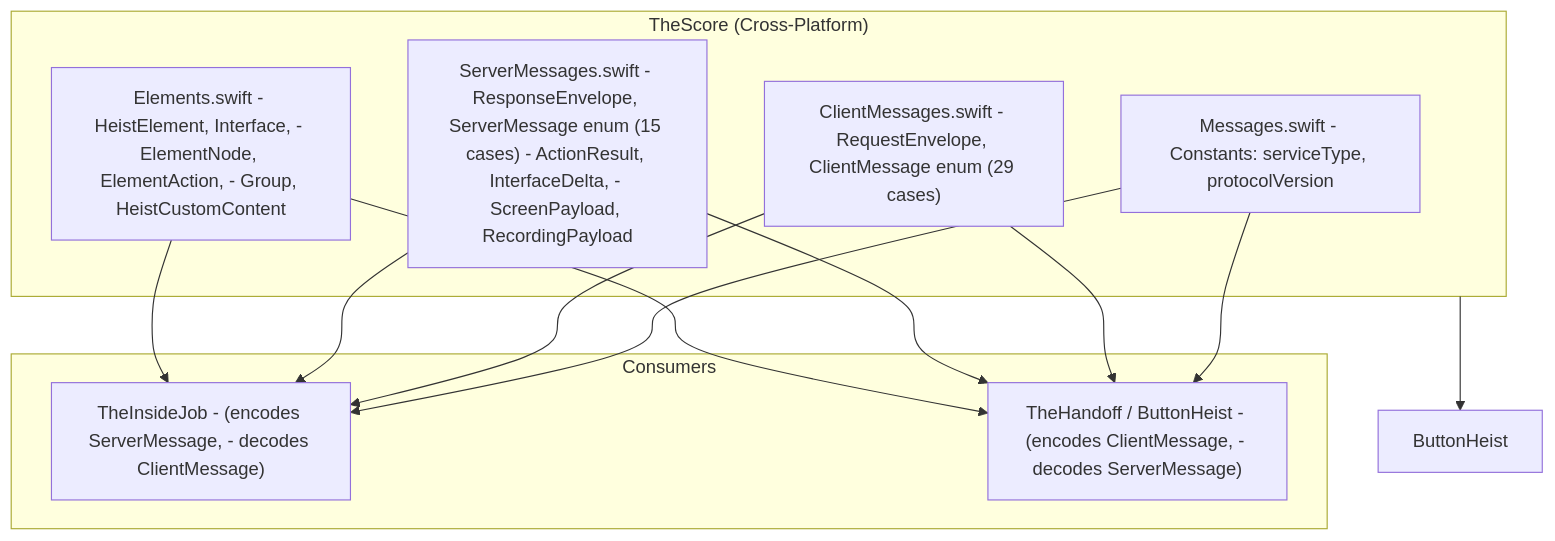
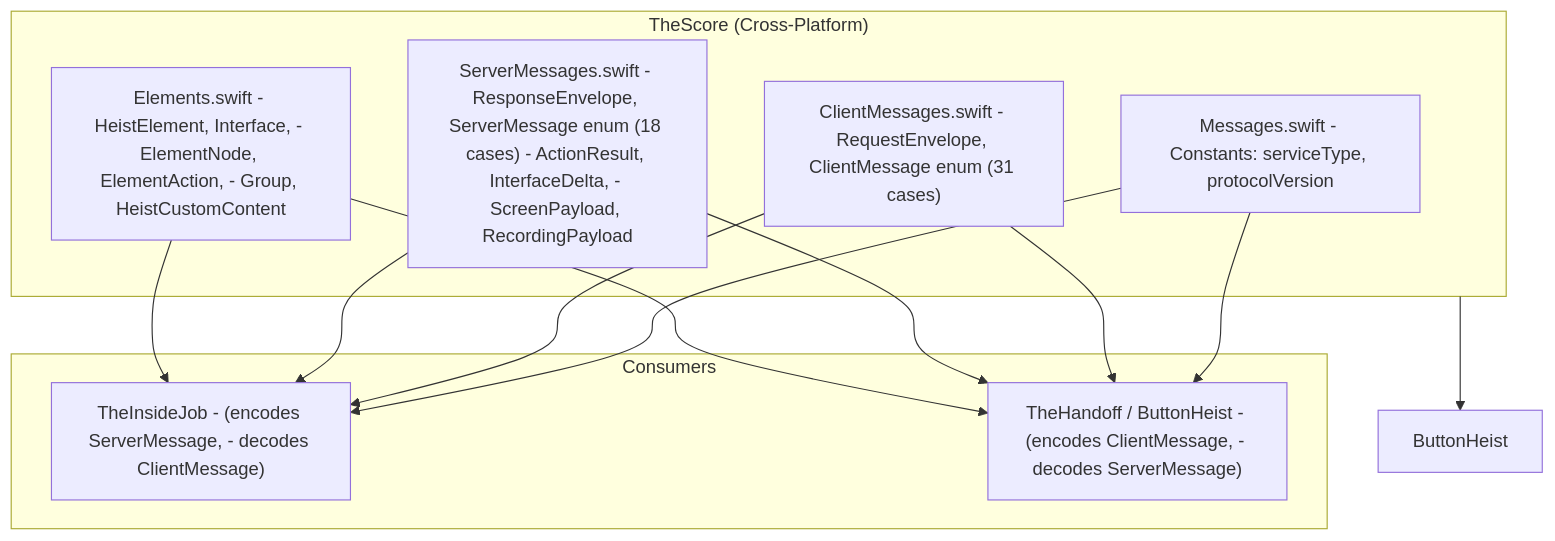
Before and after one commit to RoyalPineapple/TheButtonHeist: the first of 3 diagrams in docs/dossiers/01-THESCORE.md, drawn with Mermaid. The commit also changed other lines of this file and 30 other files, not shown here.

````diff
--- a/docs/dossiers/01-THESCORE.md
+++ b/docs/dossiers/01-THESCORE.md
@@ -26,24 +26,24 @@
 ```mermaid
 graph TD
     subgraph TheScore["TheScore (Cross-Platform)"]
         Messages["Messages.swift - Constants: serviceType, protocolVersion"]
-        Client["ClientMessages.swift - RequestEnvelope, ClientMessage enum (29 cases)"]
-        Server["ServerMessages.swift - ResponseEnvelope, ServerMessage enum (15 cases) - ActionResult, InterfaceDelta, - ScreenPayload, RecordingPayload"]
+        Client["ClientMessages.swift - RequestEnvelope, ClientMessage enum (31 cases)"]
+        Server["ServerMessages.swift - ResponseEnvelope, ServerMessage enum (18 cases) - ActionResult, InterfaceDelta, - ScreenPayload, RecordingPayload"]
         Elements["Elements.swift - HeistElement, Interface, - ElementNode, ElementAction, - Group, HeistCustomContent"]
     end
 
     subgraph Consumers["Consumers"]
         TheInsideJob["TheInsideJob - (encodes ServerMessage, - decodes ClientMessage)"]
         TH["TheHandoff / ButtonHeist - (encodes ClientMessage, - decodes ServerMessage)"]
     end
 
     Messages --> TheInsideJob
     Messages --> TH
     Client --> TheInsideJob
     Client --> TH
     Server --> TheInsideJob
     Server --> TH
     Elements --> TheInsideJob
     Elements --> TH
     TheScore --> ButtonHeist
 ```
````
